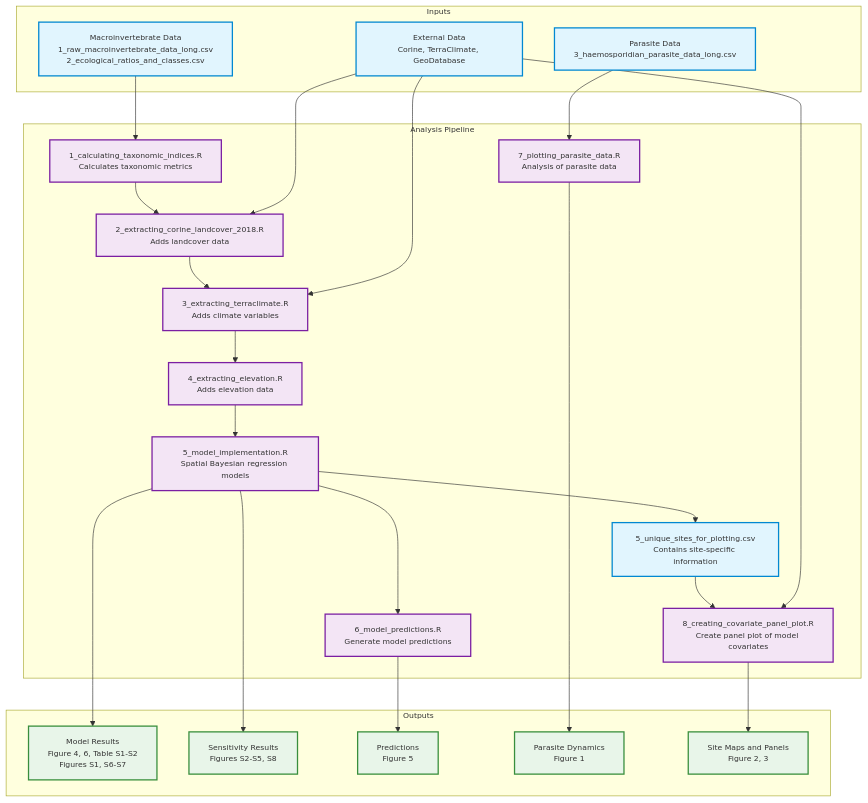
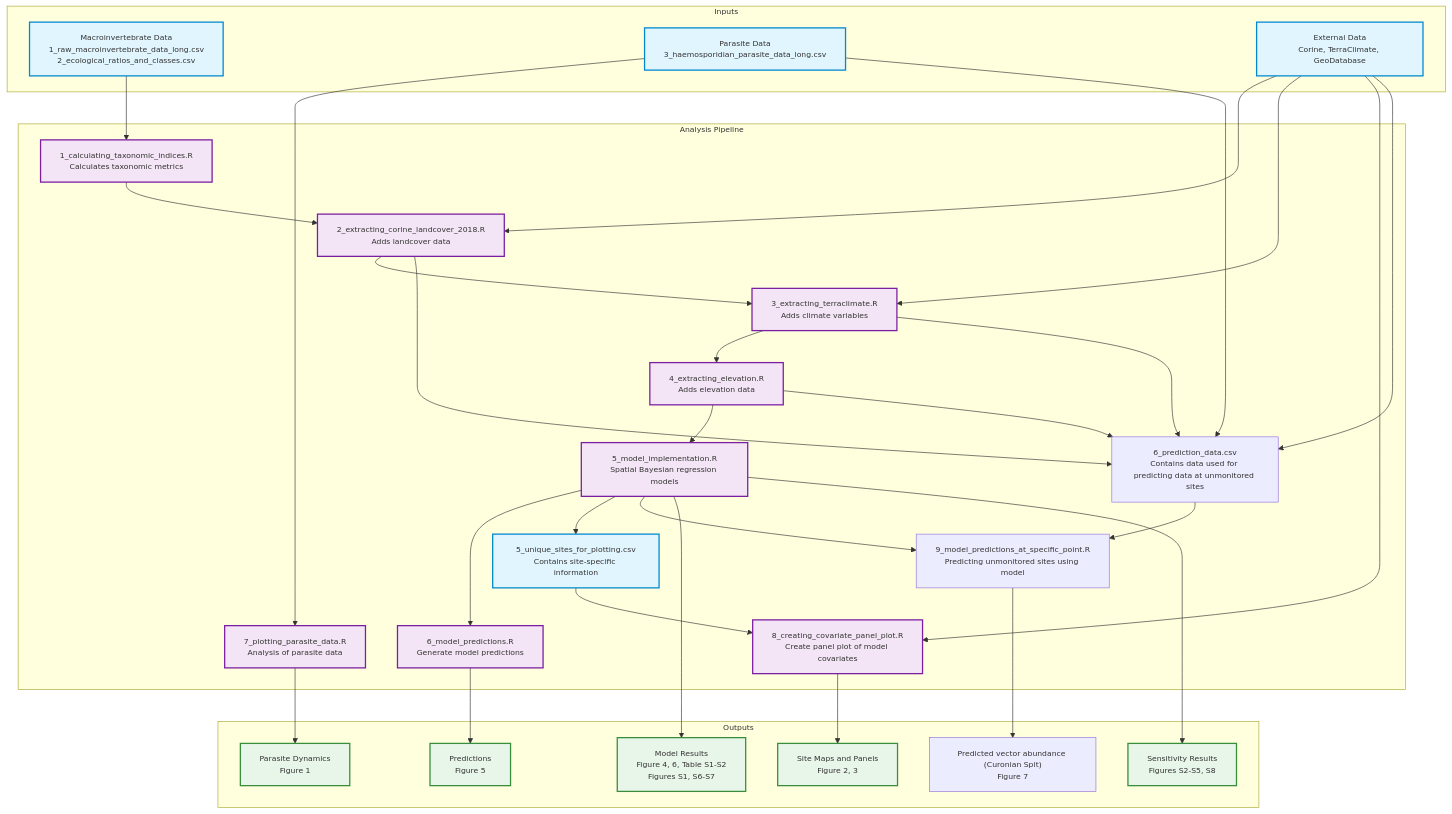
The diagram in README.md (HeeeyNathan/Predicting_vector_abundance_in_Lithuania), drawn with Mermaid before and after one commit. The commit also changed other lines of this file and 2 other files, not shown here.

````diff
--- a/README.md
+++ b/README.md
@@ -166,44 +177,52 @@
 ``` mermaid
 %%{init: {'themeVariables': { 'fontSize': '12px'}}}%%
 %%{init: {'themeVariables': { 'nodePadding': 14}}}%%
 graph TD
     subgraph Inputs
         R["Macroinvertebrate Data<br/>1_raw_macroinvertebrate_data_long.csv<br/>2_ecological_ratios_and_classes.csv"]
         P["Parasite Data<br/>3_haemosporidian_parasite_data_long.csv"]
         E["External Data<br/>Corine, TerraClimate, GeoDatabase"]
     end
     
     subgraph Analysis Pipeline
         R --> S1["1_calculating_taxonomic_indices.R<br/>Calculates taxonomic metrics"]
         S1 --> S2["2_extracting_corine_landcover_2018.R<br/>Adds landcover data"]
         E --> S2
         S2 --> S3["3_extracting_terraclimate.R<br/>Adds climate variables"]
         E --> S3
         S3 --> S4["4_extracting_elevation.R<br/>Adds elevation data"]
         S4 --> S5["5_model_implementation.R<br/>Spatial Bayesian regression models"]
         S5 --> S6["6_model_predictions.R<br/>Generate model predictions"]
         S5 --> Sites["5_unique_sites_for_plotting.csv<br/>Contains site-specific information"]
         Sites --> S8["8_creating_covariate_panel_plot.R<br/>Create panel plot of model covariates"]
         E --> S8
         P --> S7["7_plotting_parasite_data.R<br/>Analysis of parasite data"]
+        P --> Predictions["6_prediction_data.csv<br/>Contains data used for predicting data at unmonitored sites"]
+        E --> Predictions
+        S2 --> Predictions
+        S3 --> Predictions
+        S4 --> Predictions
+        Predictions --> S9["9_model_predictions_at_specific_point.R<br/>Predicting unmonitored sites using model"]
+        S5 --> S9
     end
     
     subgraph Outputs
         S5 --> O1["Model Results<br/>Figure 4, 6, Table S1-S2<br/>Figures S1, S6-S7"]
         S5 --> O2["Sensitivity Results<br/>Figures S2-S5, S8"]
         S6 --> O3["Predictions<br/>Figure 5"]
         S7 --> O4["Parasite Dynamics<br/>Figure 1"]
         S8 --> O5["Site Maps and Panels<br/>Figure 2, 3"]
+        S9 --> O6["Predicted vector abundance (Curonian Spit)<br/>Figure 7"]
     end
     
     %% Styling
     classDef input fill:#e1f5fe,stroke:#0288d1,stroke-width:2px;
     classDef script fill:#f3e5f5,stroke:#7b1fa2,stroke-width:2px;
     classDef output fill:#e8f5e9,stroke:#388e3c,stroke-width:2px;
     classDef intermediate fill:#e1f5fe,stroke:#0288d1,stroke-width:2px;
     
     class R,P,E input;
     class S1,S2,S3,S4,S5,S6,S7,S8 script;
     class O1,O2,O3,O4,O5 output;
     class Sites intermediate;
 ```
````
